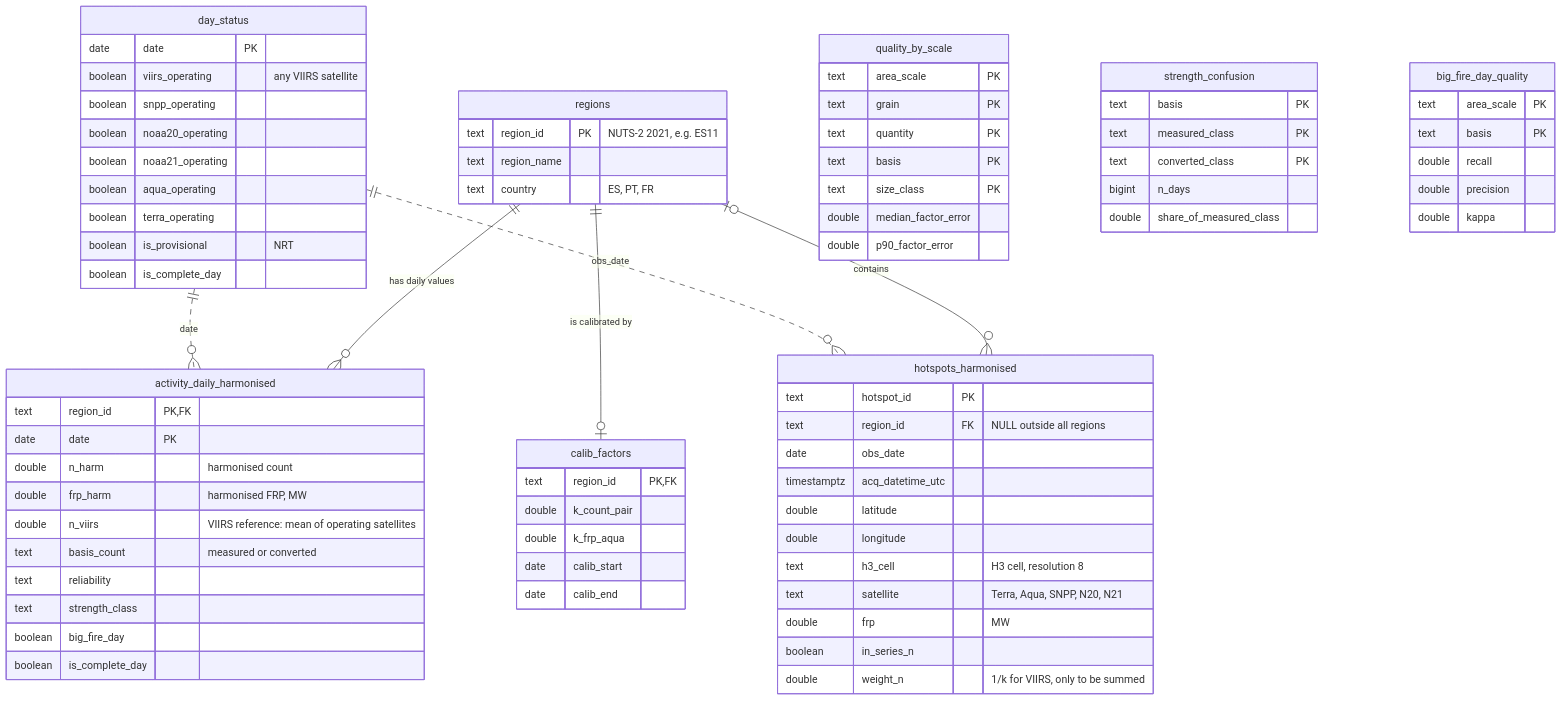
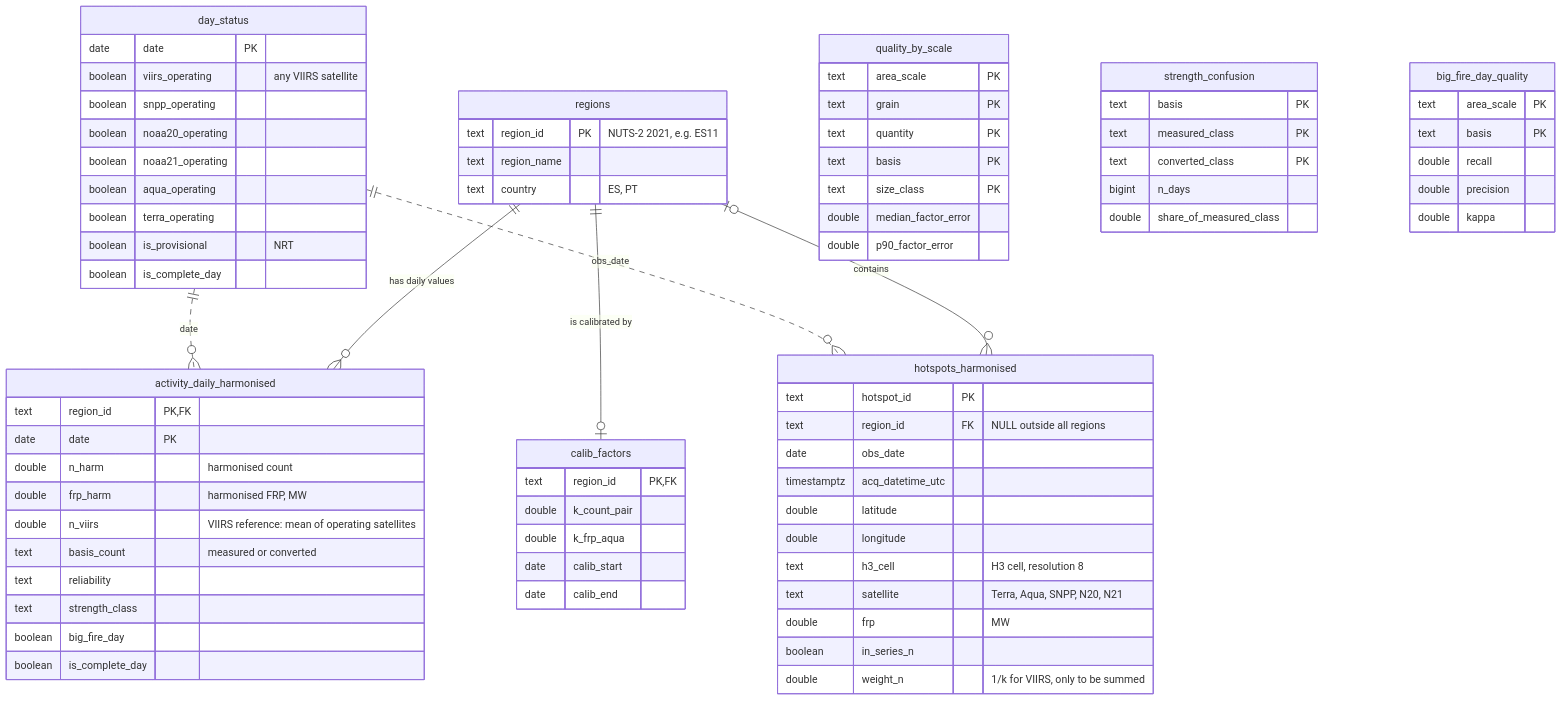
The diagram in db/docs/data_model.md (Orbital-Fire-Watch/La-Brasa), drawn with Mermaid before and after one commit. The commit also changed 149 other files, not shown here.

````diff
--- a/db/docs/data_model.md
+++ b/db/docs/data_model.md
@@ -27,80 +27,80 @@
 ```mermaid
 erDiagram
     regions ||--o{ activity_daily_harmonised : "has daily values"
     regions |o--o{ hotspots_harmonised : "contains"
     regions ||--o| calib_factors : "is calibrated by"
     day_status ||..o{ activity_daily_harmonised : "date"
     day_status ||..o{ hotspots_harmonised : "obs_date"
 
     regions {
         text region_id PK "NUTS-2 2021, e.g. ES11"
         text region_name
-        text country "ES, PT, FR"
+        text country "ES, PT"
     }
     activity_daily_harmonised {
         text region_id PK, FK
         date date PK
         double n_harm "harmonised count"
         double frp_harm "harmonised FRP, MW"
         double n_viirs "VIIRS reference: mean of operating satellites"
         text basis_count "measured or converted"
         text reliability
         text strength_class
         boolean big_fire_day
         boolean is_complete_day
     }
     hotspots_harmonised {
         text hotspot_id PK
         text region_id FK "NULL outside all regions"
         date obs_date
         timestamptz acq_datetime_utc
         double latitude
         double longitude
         text h3_cell "H3 cell, resolution 8"
         text satellite "Terra, Aqua, SNPP, N20, N21"
         double frp "MW"
         boolean in_series_n
         double weight_n "1/k for VIIRS, only to be summed"
     }
     calib_factors {
         text region_id PK, FK
         double k_count_pair
         double k_frp_aqua
         date calib_start
         date calib_end
     }
     day_status {
         date date PK
         boolean viirs_operating "any VIIRS satellite"
         boolean snpp_operating
         boolean noaa20_operating
         boolean noaa21_operating
         boolean aqua_operating
         boolean terra_operating
         boolean is_provisional "NRT"
         boolean is_complete_day
     }
     quality_by_scale {
         text area_scale PK
         text grain PK
         text quantity PK
         text basis PK
         text size_class PK
         double median_factor_error
         double p90_factor_error
     }
     strength_confusion {
         text basis PK
         text measured_class PK
         text converted_class PK
         bigint n_days
         double share_of_measured_class
     }
     big_fire_day_quality {
         text area_scale PK
         text basis PK
         double recall
         double precision
         double kappa
     }
 ```
````
